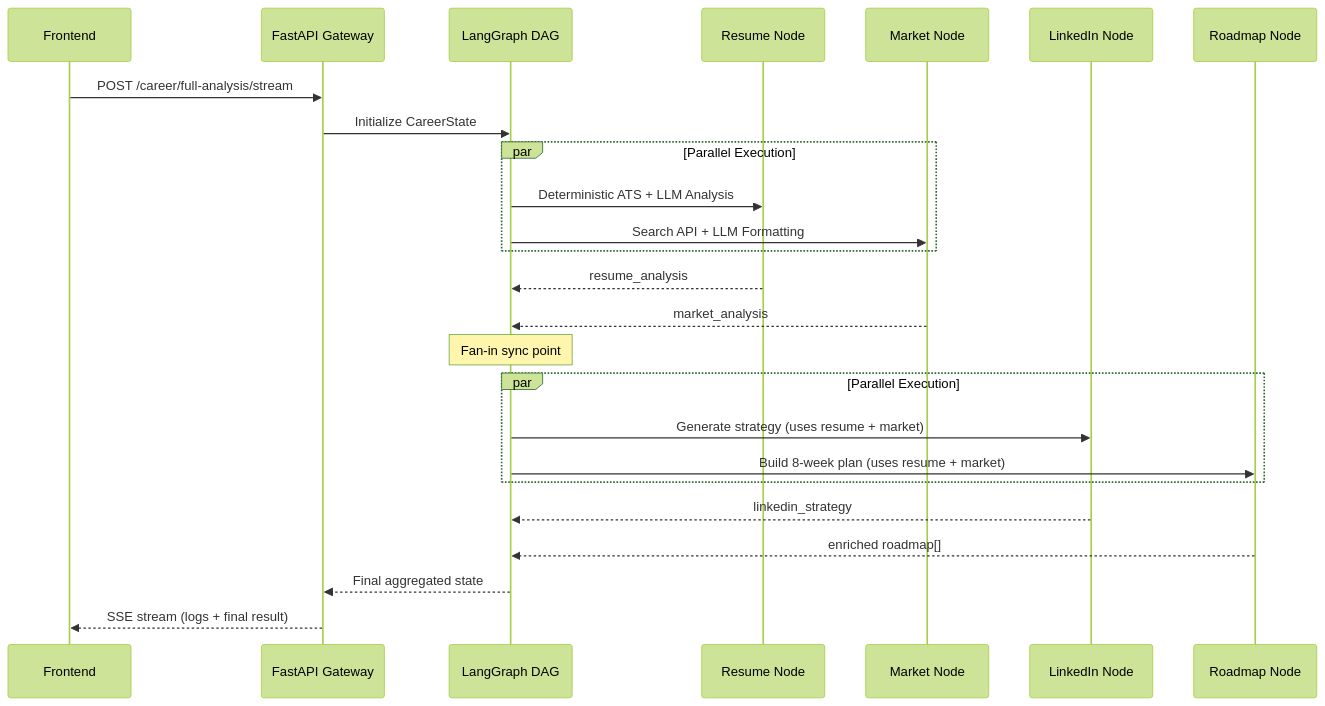
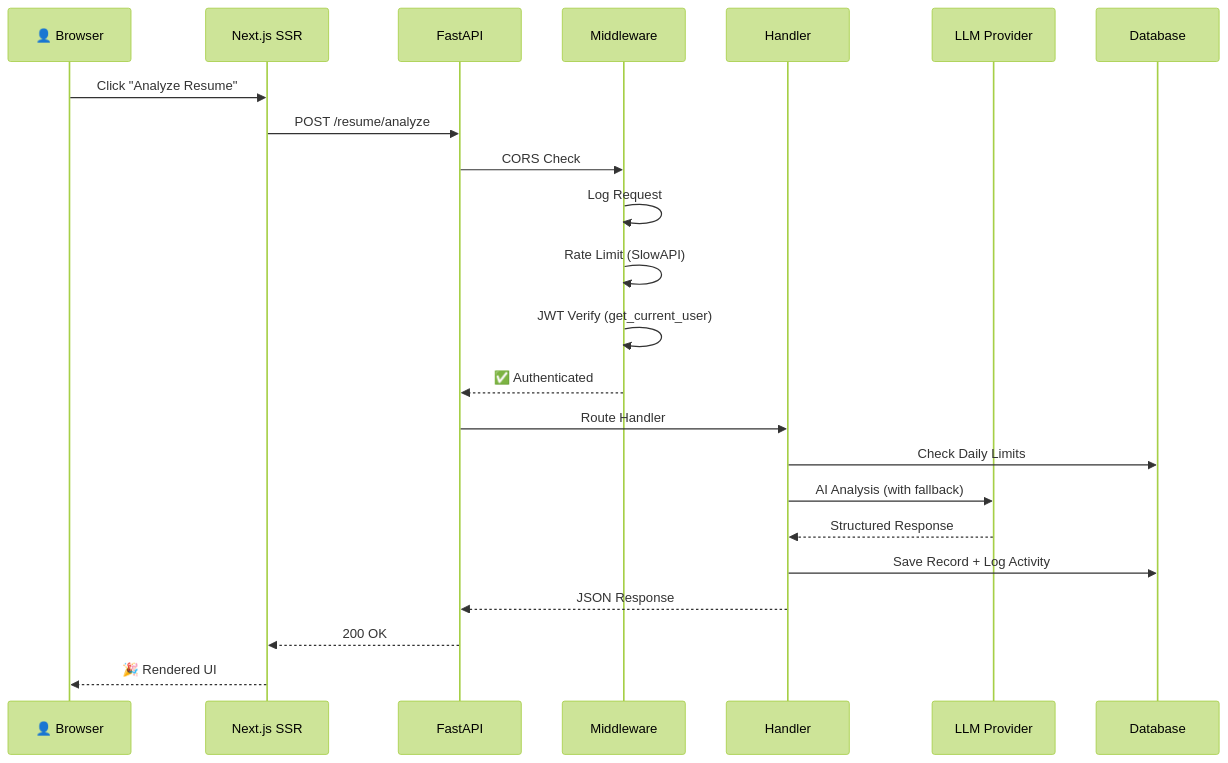
The third of 21 diagrams in README.md (Anil-Pradhan-web/ai-career-mentor), drawn with Mermaid (forest theme) before and after one commit. The commit also changed other lines of this file and 3 other files, not shown here.

Commit message:
docs: upgrade README, ARCHITECTURE, SYSTEM, API docs to professional high-level design with emojis, diagrams, and detailed explanations

````diff
--- a/README.md
+++ b/README.md
@@ -264,34 +227,26 @@
 ```mermaid
 sequenceDiagram
-    participant Client as Frontend
-    participant API as FastAPI Gateway
-    participant Graph as LangGraph DAG
-    participant Resume as Resume Node
-    participant Market as Market Node
-    participant LinkedIn as LinkedIn Node
-    participant Roadmap as Roadmap Node
-    
-    Client->>API: POST /career/full-analysis/stream
-    API->>Graph: Initialize CareerState
-    
-    par Parallel Execution
-        Graph->>Resume: Deterministic ATS + LLM Analysis
-        Graph->>Market: Search API + LLM Formatting
-    end
-    
-    Resume-->>Graph: resume_analysis
-    Market-->>Graph: market_analysis
-    
-    Note over Graph: Fan-in sync point
-    
-    par Parallel Execution
-        Graph->>LinkedIn: Generate strategy (uses resume + market)
-        Graph->>Roadmap: Build 8-week plan (uses resume + market)
-    end
-    
-    LinkedIn-->>Graph: linkedin_strategy
-    Roadmap-->>Graph: enriched roadmap[]
-    
-    Graph-->>API: Final aggregated state
-    API-->>Client: SSE stream (logs + final result)
+    participant U as 👤 Browser
+    participant N as Next.js SSR
+    participant A as FastAPI
+    participant M as Middleware
+    participant H as Handler
+    participant LLM as LLM Provider
+    participant DB as Database
+
+    U->>N: Click "Analyze Resume"
+    N->>A: POST /resume/analyze
+    A->>M: CORS Check
+    M->>M: Log Request
+    M->>M: Rate Limit (SlowAPI)
+    M->>M: JWT Verify (get_current_user)
+    M-->>A: ✅ Authenticated
+    A->>H: Route Handler
+    H->>DB: Check Daily Limits
+    H->>LLM: AI Analysis (with fallback)
+    LLM-->>H: Structured Response
+    H->>DB: Save Record + Log Activity
+    H-->>A: JSON Response
+    A-->>N: 200 OK
+    N-->>U: 🎉 Rendered UI
 ```
````
